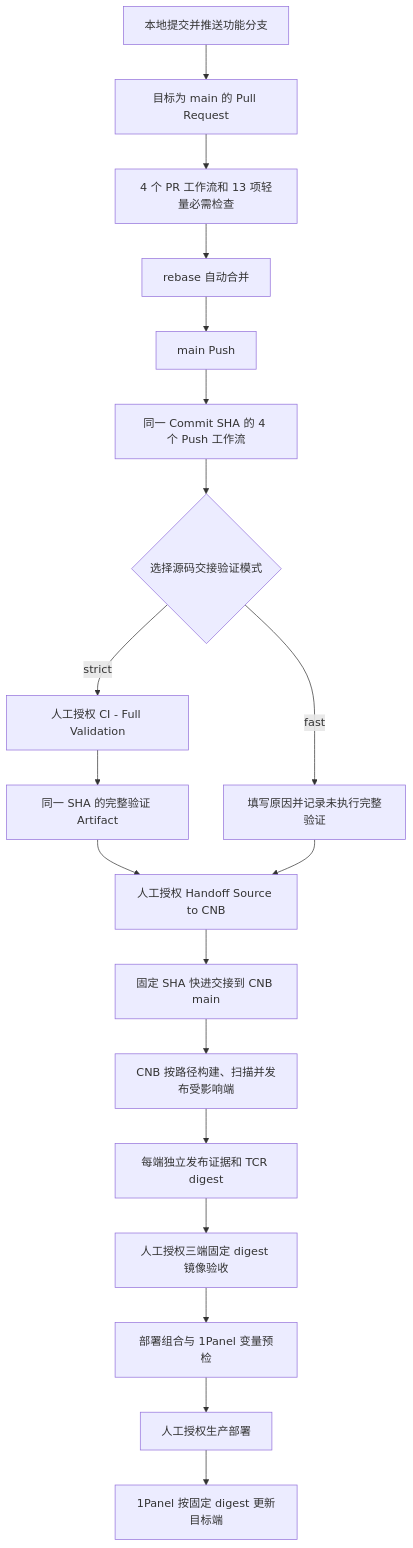
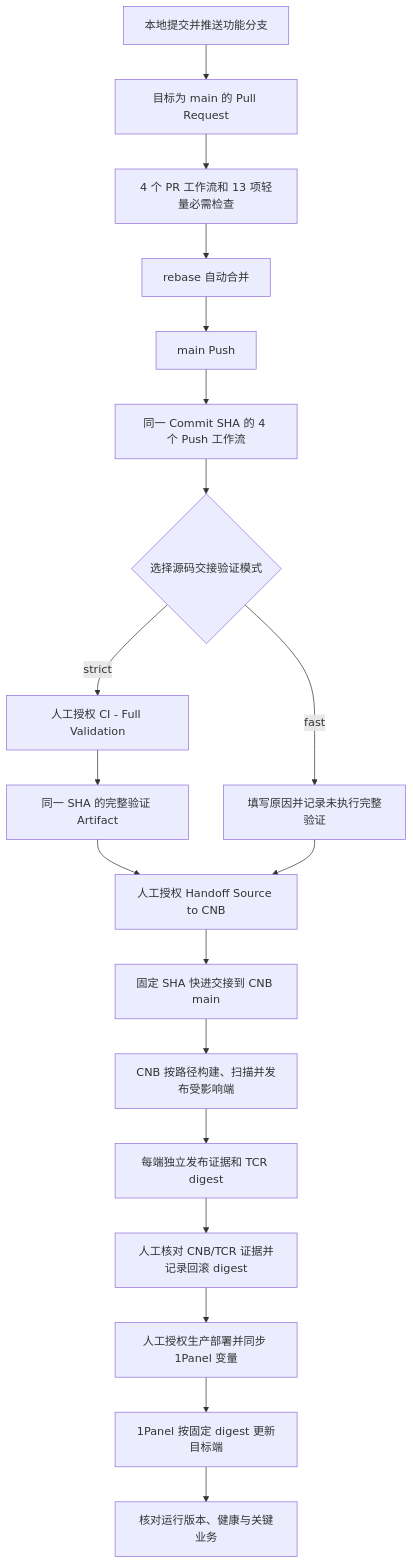
The diagram in docs/operations/github-actions-workflows.md (jinmozhe/pinjie-fullstack-base), drawn with Mermaid before and after one commit. The commit also changed other lines of this file and 11 other files, not shown here.

````diff
--- a/docs/operations/github-actions-workflows.md
+++ b/docs/operations/github-actions-workflows.md
@@ -24,21 +24,21 @@
 ```mermaid
 flowchart TD
     A["本地提交并推送功能分支"] --> B["目标为 main 的 Pull Request"]
     B --> C["4 个 PR 工作流和 13 项轻量必需检查"]
     C --> D["rebase 自动合并"]
     D --> E["main Push"]
     E --> G["同一 Commit SHA 的 4 个 Push 工作流"]
     G --> V{"选择源码交接验证模式"}
     V -->|strict| F["人工授权 CI - Full Validation"]
     F --> N["同一 SHA 的完整验证 Artifact"]
     N --> H["人工授权 Handoff Source to CNB"]
     V -->|fast| R["填写原因并记录未执行完整验证"]
     R --> H
     H --> I["固定 SHA 快进交接到 CNB main"]
     I --> J["CNB 按路径构建、扫描并发布受影响端"]
     J --> M["每端独立发布证据和 TCR digest"]
-    M --> Q["人工授权三端固定 digest 镜像验收"]
-    Q --> P["部署组合与 1Panel 变量预检"]
-    P --> K["人工授权生产部署"]
+    M --> Q["人工核对 CNB/TCR 证据并记录回滚 digest"]
+    Q --> K["人工授权生产部署并同步 1Panel 变量"]
     K --> L["1Panel 按固定 digest 更新目标端"]
+    L --> O["核对运行版本、健康与关键业务"]
 ```
````
